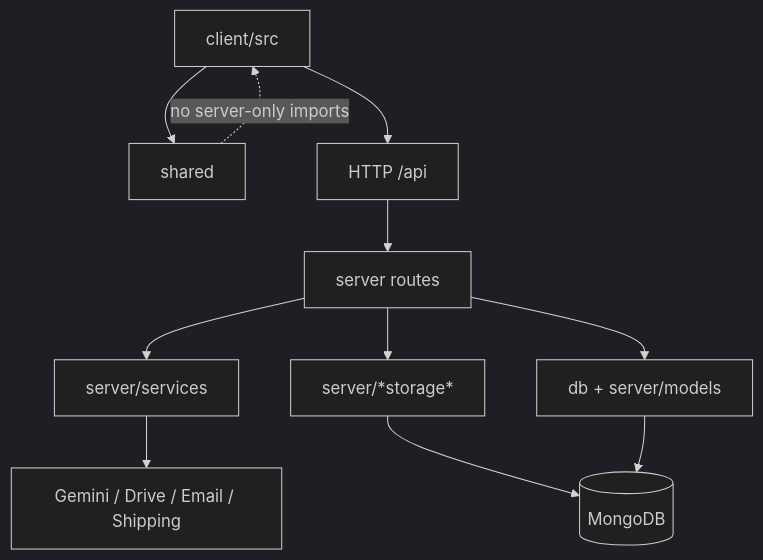
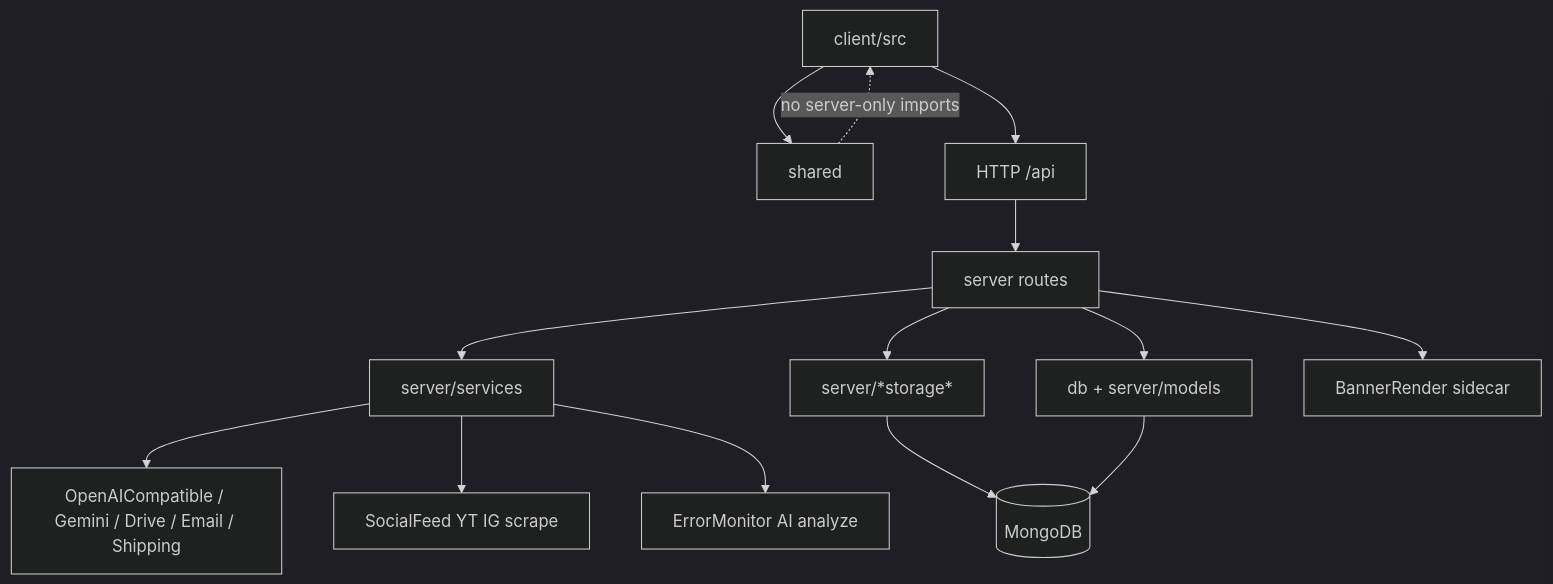
One commit to Sadamdi/hmps changed the diagram in docs/architecture/dependency-graph.md. Above: the diagram before and after it, drawn with Mermaid (dark theme). The commit also changed other lines of this file and 72 other files, not shown here.

````diff
--- a/docs/architecture/dependency-graph.md
+++ b/docs/architecture/dependency-graph.md
@@ -17,13 +17,16 @@
 ```mermaid
 flowchart TD
   Client[client/src] --> Shared[shared]
   Client --> HTTP[HTTP /api]
   HTTP --> Server[server routes]
   Server --> Services[server/services]
   Server --> Storage[server/*storage*]
   Server --> Models[db + server/models]
-  Services --> External[Gemini / Drive / Email / Shipping]
+  Services --> External[OpenAICompatible / Gemini / Drive / Email / Shipping]
+  Services --> Scrape[SocialFeed YT IG scrape]
+  Services --> Monitor[ErrorMonitor AI analyze]
+  Server --> Banner[BannerRender sidecar]
   Storage --> DB[(MongoDB)]
   Models --> DB
   Shared -. no server-only imports .-> Client
 ```
````
